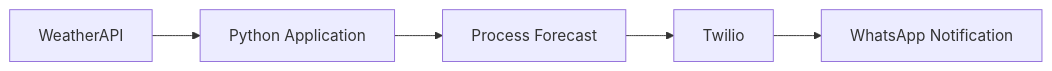
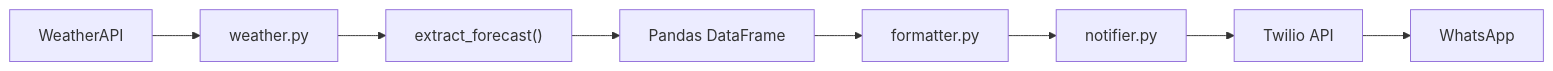
The diagram in README.md (IngDavidHoyosGil/weather-alert-bot), drawn with Mermaid before and after one commit. The commit also changed other lines of this file, not shown here.

````diff
--- a/README.md
+++ b/README.md
@@ -9,7 +9,11 @@
 ```mermaid
-graph LR
-    A[WeatherAPI] --> B[Python Application]
-    B --> C[Process Forecast]
-    C --> D[Twilio]
-    D --> E[WhatsApp Notification]
+flowchart LR
+
+A["WeatherAPI"] --> B["weather.py"]
+B --> C["extract_forecast()"]
+C --> D["Pandas DataFrame"]
+D --> E["formatter.py"]
+E --> F["notifier.py"]
+F --> G["Twilio API"]
+G --> H["WhatsApp"]
 ```
````
